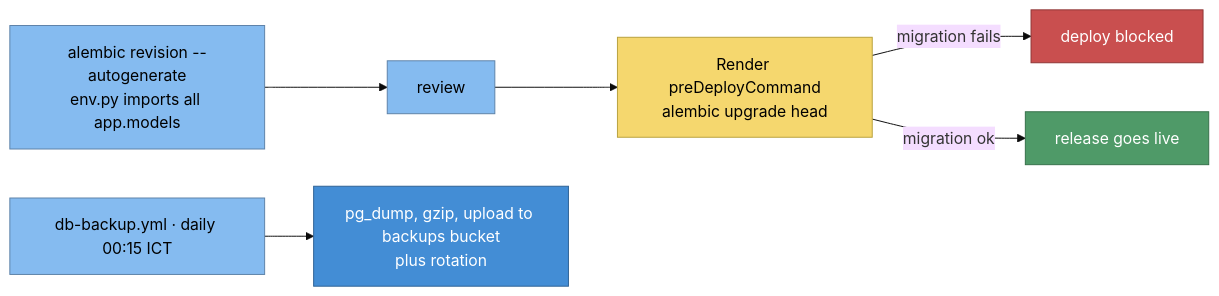
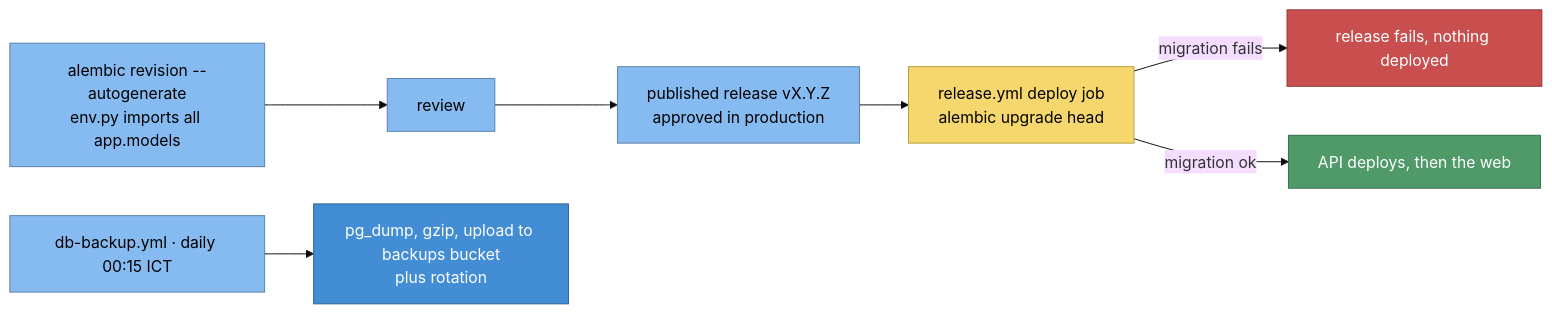
The fourth of 4 diagrams in docs/sad/05d-database-components.md (namphuongtran/familyroots), drawn with Mermaid (base theme) before and after one commit. The commit also changed 21 other files, not shown here.

````diff
--- a/docs/sad/05d-database-components.md
+++ b/docs/sad/05d-database-components.md
@@ -147,22 +147,24 @@
 ```mermaid
 graph LR
   dev[alembic revision --autogenerate<br/>env.py imports all app.models]:::comp
   pr[review]:::comp
-  deploy[Render preDeployCommand<br/>alembic upgrade head]:::dec
-  block[deploy blocked]:::bad
-  live[release goes live]:::good
+  rel[published release vX.Y.Z<br/>approved in production]:::comp
+  deploy[release.yml deploy job<br/>alembic upgrade head]:::dec
+  block[release fails, nothing deployed]:::bad
+  live[API deploys, then the web]:::good
   cron[db-backup.yml · daily 00:15 ICT]:::comp
   dump[pg_dump, gzip, upload to backups bucket<br/>plus rotation]:::store
 
   dev --> pr
-  pr --> deploy
+  pr --> rel
+  rel --> deploy
   deploy -->|migration fails| block
   deploy -->|migration ok| live
   cron --> dump
 
   classDef comp fill:#85bbf0,stroke:#5d82a8,color:#000000
   classDef store fill:#438dd5,stroke:#2e6295,color:#ffffff
   classDef dec fill:#f5d76e,stroke:#b8a13c,color:#000000
   classDef good fill:#4f9a68,stroke:#357049,color:#ffffff
   classDef bad fill:#c94f4f,stroke:#8f3636,color:#ffffff
 ```
````
